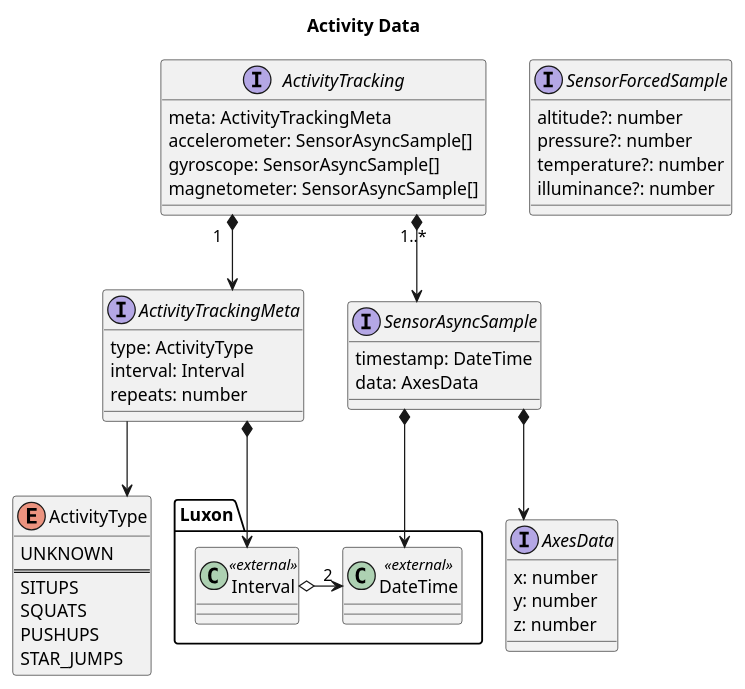
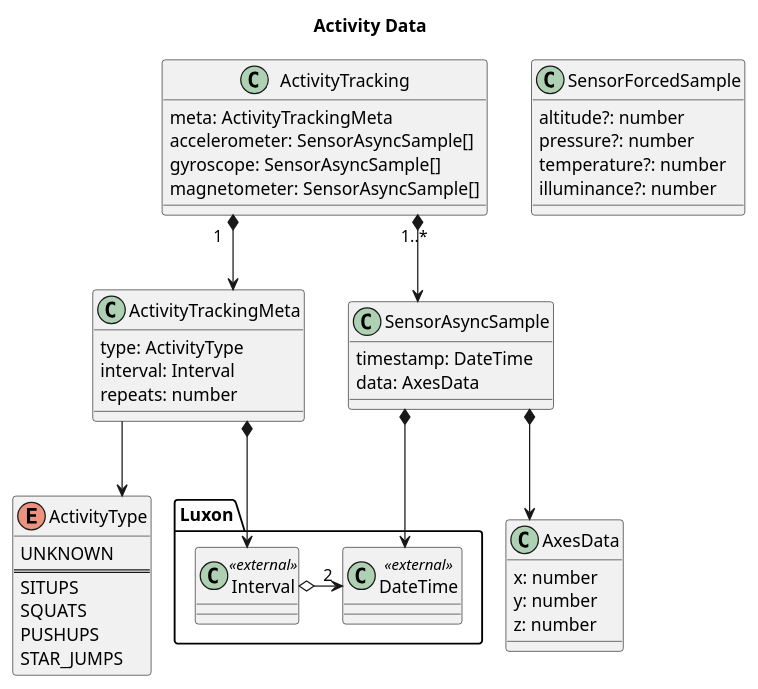
Before and after one commit to damiankoper/fitly: the diagram in docs/diagrams/src/ActivityData.puml, drawn with PlantUML. The commit also changed 1 other file, not shown here.

Commit message:
docs: diagrams

```diff
--- a/docs/diagrams/src/ActivityData.puml
+++ b/docs/diagrams/src/ActivityData.puml
@@ -1,60 +1,60 @@
 @startuml ActivityData
 title Activity Data
 skinparam Linetype ortho
 
 package Luxon {
   class DateTime <<external>>
   class Interval <<external>>
 
   Interval o-left-> "2" DateTime
 }
 
 enum ActivityType {
   UNKNOWN
   ==
   SITUPS
   SQUATS
   PUSHUPS
   STAR_JUMPS
 }
 
-interface ActivityTracking{
+class ActivityTracking{
   meta: ActivityTrackingMeta
   accelerometer: SensorAsyncSample[]
   gyroscope: SensorAsyncSample[]
   magnetometer: SensorAsyncSample[]
 }
 
-interface ActivityTrackingMeta{
+class ActivityTrackingMeta{
   type: ActivityType
   interval: Interval
   repeats: number
 }
 
 
-interface SensorAsyncSample {
+class SensorAsyncSample {
   timestamp: DateTime
   data: AxesData
 }
 
-interface AxesData {
+class AxesData {
   x: number
   y: number
   z: number
 }
 
-interface SensorForcedSample {
+class SensorForcedSample {
   altitude?: number
   pressure?: number
   temperature?: number
   illuminance?: number
 }
 
 ActivityTrackingMeta --> ActivityType
 SensorAsyncSample *--> DateTime
 ActivityTrackingMeta *--> Interval
 ActivityTracking "1..*" *-->  SensorAsyncSample
 ActivityTracking "1" *-->  ActivityTrackingMeta
 
 SensorAsyncSample *--> AxesData
 @enduml
```
